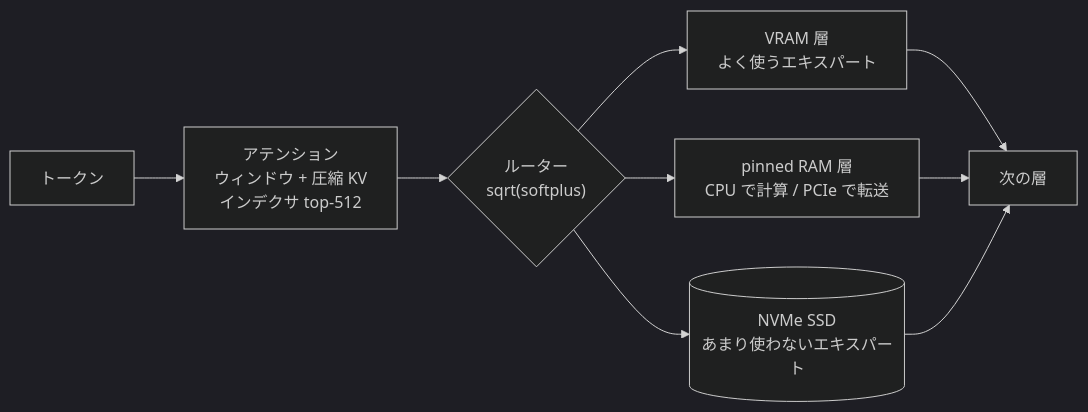
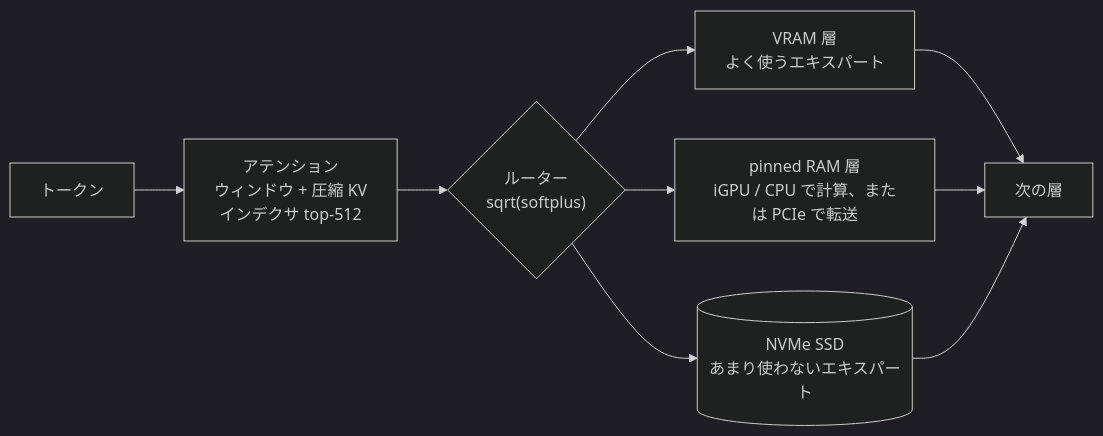
Before and after one commit to mylordmonkeyman/Abyss: the diagram in README.ja.md, drawn with Mermaid (dark theme). The commit also changed other lines of this file and 6 other files, not shown here.

````diff
--- a/README.ja.md
+++ b/README.ja.md
@@ -101,11 +126,11 @@
 ```mermaid
 flowchart LR
     T[トークン] --> A["アテンション<br/>ウィンドウ + 圧縮 KV<br/>インデクサ top-512"]
     A --> R{"ルーター<br/>sqrt(softplus)"}
     R --> V["VRAM 層<br/>よく使うエキスパート"]
-    R --> P["pinned RAM 層<br/>CPU で計算 / PCIe で転送"]
+    R --> P["pinned RAM 層<br/>iGPU / CPU で計算、または PCIe で転送"]
     R --> D[("NVMe SSD<br/>あまり使わないエキスパート")]
     V --> O[次の層]
     P --> O
     D --> O
 ```
````
